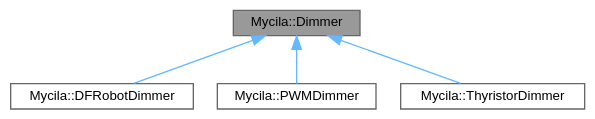
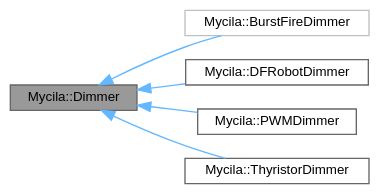
Before and after one commit to mathieucarbou/MycilaDimmer: the diagram in docs/api/class_mycila_1_1_dimmer__inherit__graph.dot, drawn with Graphviz. The commit also changed 38 other files, not shown here.

Commit message:
Burst Fire dimming

```diff
--- a/docs/api/class_mycila_1_1_dimmer__inherit__graph.dot
+++ b/docs/api/class_mycila_1_1_dimmer__inherit__graph.dot
@@ -1,14 +1,17 @@
 digraph "Mycila::Dimmer"
 {
  // LATEX_PDF_SIZE
   bgcolor="transparent";
   edge [fontname=Helvetica,fontsize=10,labelfontname=Helvetica,labelfontsize=10];
   node [fontname=Helvetica,fontsize=10,shape=box,height=0.2,width=0.4];
+  rankdir="LR";
   Node1 [id="Node000001",label="Mycila::Dimmer",height=0.2,width=0.4,color="gray40", fillcolor="grey60", style="filled", fontcolor="black",tooltip=" "];
   Node1 -> Node2 [id="edge1_Node000001_Node000002",dir="back",color="steelblue1",style="solid",tooltip=" "];
-  Node2 [id="Node000002",label="Mycila::DFRobotDimmer",height=0.2,width=0.4,color="gray40", fillcolor="white", style="filled",URL="$class_mycila_1_1_d_f_robot_dimmer.html",tooltip="DFRobot DFR1071/DFR1073/DFR0971 I2C controlled 0-10V/0-5V dimmer implementation for voltage regulator..."];
+  Node2 [id="Node000002",label="Mycila::BurstFireDimmer",height=0.2,width=0.4,color="grey75", fillcolor="white", style="filled",URL="$class_mycila_1_1_burst_fire_dimmer.html",tooltip=" "];
   Node1 -> Node3 [id="edge2_Node000001_Node000003",dir="back",color="steelblue1",style="solid",tooltip=" "];
-  Node3 [id="Node000003",label="Mycila::PWMDimmer",height=0.2,width=0.4,color="gray40", fillcolor="white", style="filled",URL="$class_mycila_1_1_p_w_m_dimmer.html",tooltip="PWM based dimmer implementation for voltage regulators controlled by a PWM signal to 0-10V analog con..."];
+  Node3 [id="Node000003",label="Mycila::DFRobotDimmer",height=0.2,width=0.4,color="gray40", fillcolor="white", style="filled",URL="$class_mycila_1_1_d_f_robot_dimmer.html",tooltip="DFRobot DFR1071/DFR1073/DFR0971 I2C controlled 0-10V/0-5V dimmer implementation for voltage regulator..."];
   Node1 -> Node4 [id="edge3_Node000001_Node000004",dir="back",color="steelblue1",style="solid",tooltip=" "];
-  Node4 [id="Node000004",label="Mycila::ThyristorDimmer",height=0.2,width=0.4,color="gray40", fillcolor="white", style="filled",URL="$class_mycila_1_1_thyristor_dimmer.html",tooltip="Thyristor (TRIAC) based dimmer implementation for TRIAC and Random SSR dimmers."];
+  Node4 [id="Node000004",label="Mycila::PWMDimmer",height=0.2,width=0.4,color="gray40", fillcolor="white", style="filled",URL="$class_mycila_1_1_p_w_m_dimmer.html",tooltip="PWM based dimmer implementation for voltage regulators controlled by a PWM signal to 0-10V analog con..."];
+  Node1 -> Node5 [id="edge4_Node000001_Node000005",dir="back",color="steelblue1",style="solid",tooltip=" "];
+  Node5 [id="Node000005",label="Mycila::ThyristorDimmer",height=0.2,width=0.4,color="gray40", fillcolor="white", style="filled",URL="$class_mycila_1_1_thyristor_dimmer.html",tooltip="Thyristor (TRIAC) based dimmer implementation for TRIAC and Random SSR dimmers."];
 }
```
